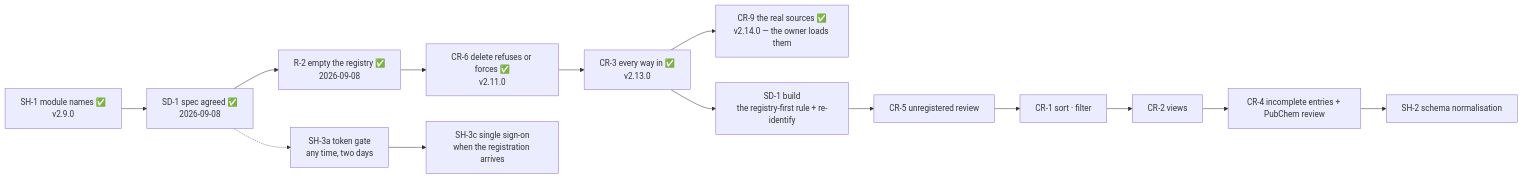
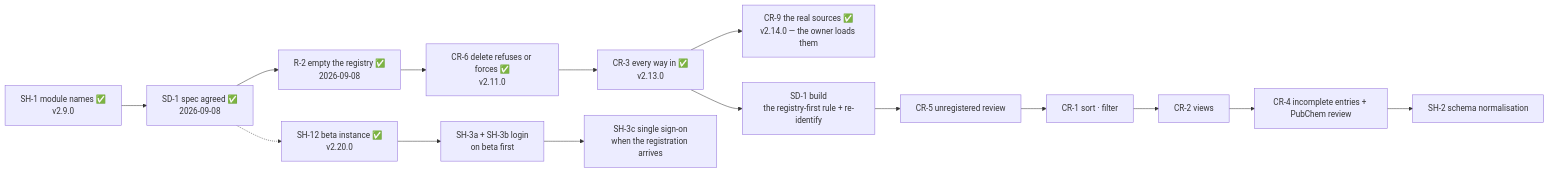
Before and after one commit to akannan2987/nr-nips-crucible: the diagram in docs/05-roadmap.md, drawn with Mermaid. The commit also changed other lines of this file and 30 other files, not shown here.

````diff
--- a/docs/05-roadmap.md
+++ b/docs/05-roadmap.md
@@ -212,12 +212,12 @@
 ```mermaid
 flowchart LR
     SH1["SH-1 module names ✅<br/>v2.9.0"] --> SD1s["SD-1 spec agreed ✅<br/>2026-09-08"]
     SD1s --> R2["R-2 empty the registry ✅<br/>2026-09-08"]
     R2 --> CR6["CR-6 delete refuses or forces ✅<br/>v2.11.0"] --> CR3["CR-3 every way in ✅<br/>v2.13.0"] --> CR9["CR-9 the real sources ✅<br/>v2.14.0 — the owner loads them"]
     CR3 --> SD1["SD-1 build<br/>the registry-first rule + re-identify"]
     SD1 --> CR5["CR-5 unregistered review"]
     CR5 --> CR1["CR-1 sort · filter"] --> CR2["CR-2 views"]
     CR2 --> CR4["CR-4 incomplete entries + PubChem review"]
     CR4 --> SH2["SH-2 schema normalisation"]
-    SD1s -.-> SH3a["SH-3a token gate<br/>any time, two days"] --> SH3c["SH-3c single sign-on<br/>when the registration arrives"]
+    SD1s -.-> SH12["SH-12 beta instance ✅<br/>v2.20.0"] --> SH3a["SH-3a + SH-3b login<br/>on beta first"] --> SH3c["SH-3c single sign-on<br/>when the registration arrives"]
 ```
````
